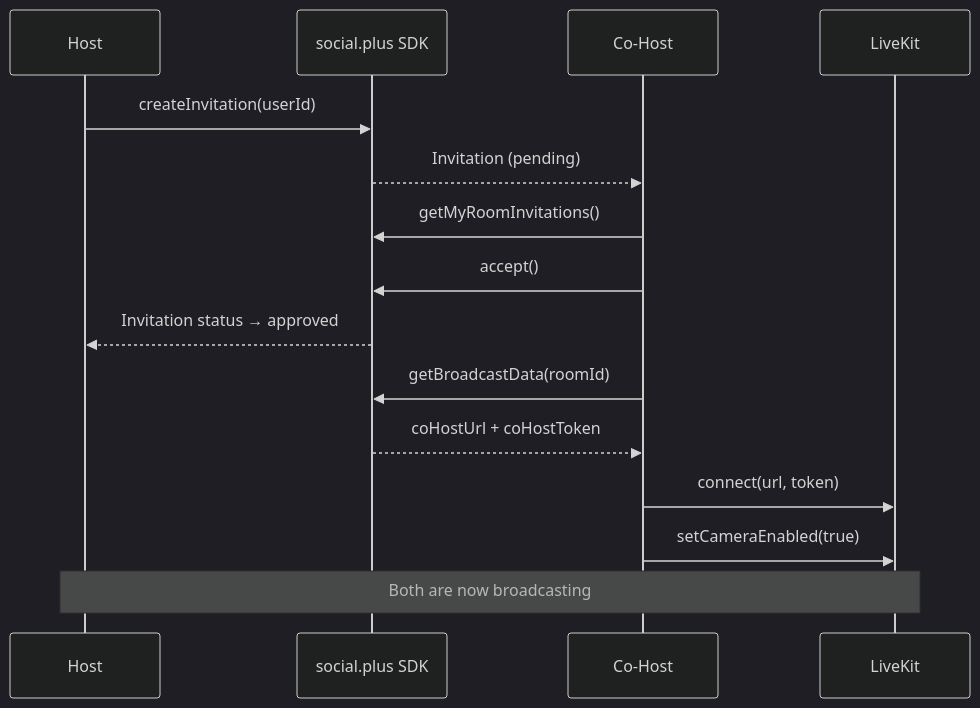
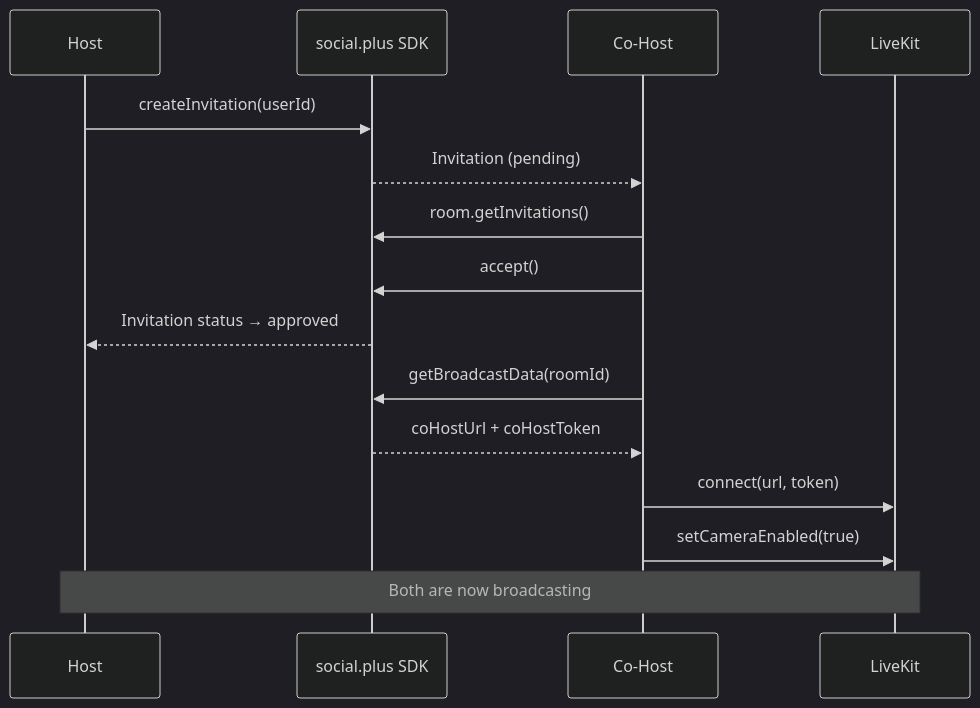
The diagram in use-cases/social/livestream/co-hosting.mdx (AmityCo/social-plus-docs), drawn with Mermaid (dark theme) before and after one commit. The commit also changed other lines of this file, not shown here.

Commit message:
docs: fix TypeScript co-host invitation retrieval and cancel calls (#430)

````diff
--- a/use-cases/social/livestream/co-hosting.mdx
+++ b/use-cases/social/livestream/co-hosting.mdx
@@ -44,18 +44,18 @@
 ```mermaid
 sequenceDiagram
     participant Host
     participant SDK as social.plus SDK
     participant CoHost as Co-Host
     participant LK as LiveKit
 
     Host->>SDK: createInvitation(userId)
     SDK-->>CoHost: Invitation (pending)
-    CoHost->>SDK: getMyRoomInvitations()
+    CoHost->>SDK: room.getInvitations()
     CoHost->>SDK: accept()
     SDK-->>Host: Invitation status → approved
     CoHost->>SDK: getBroadcastData(roomId)
     SDK-->>CoHost: coHostUrl + coHostToken
     CoHost->>LK: connect(url, token)
     CoHost->>LK: setCameraEnabled(true)
     Note over Host,LK: Both are now broadcasting
 ```
````
